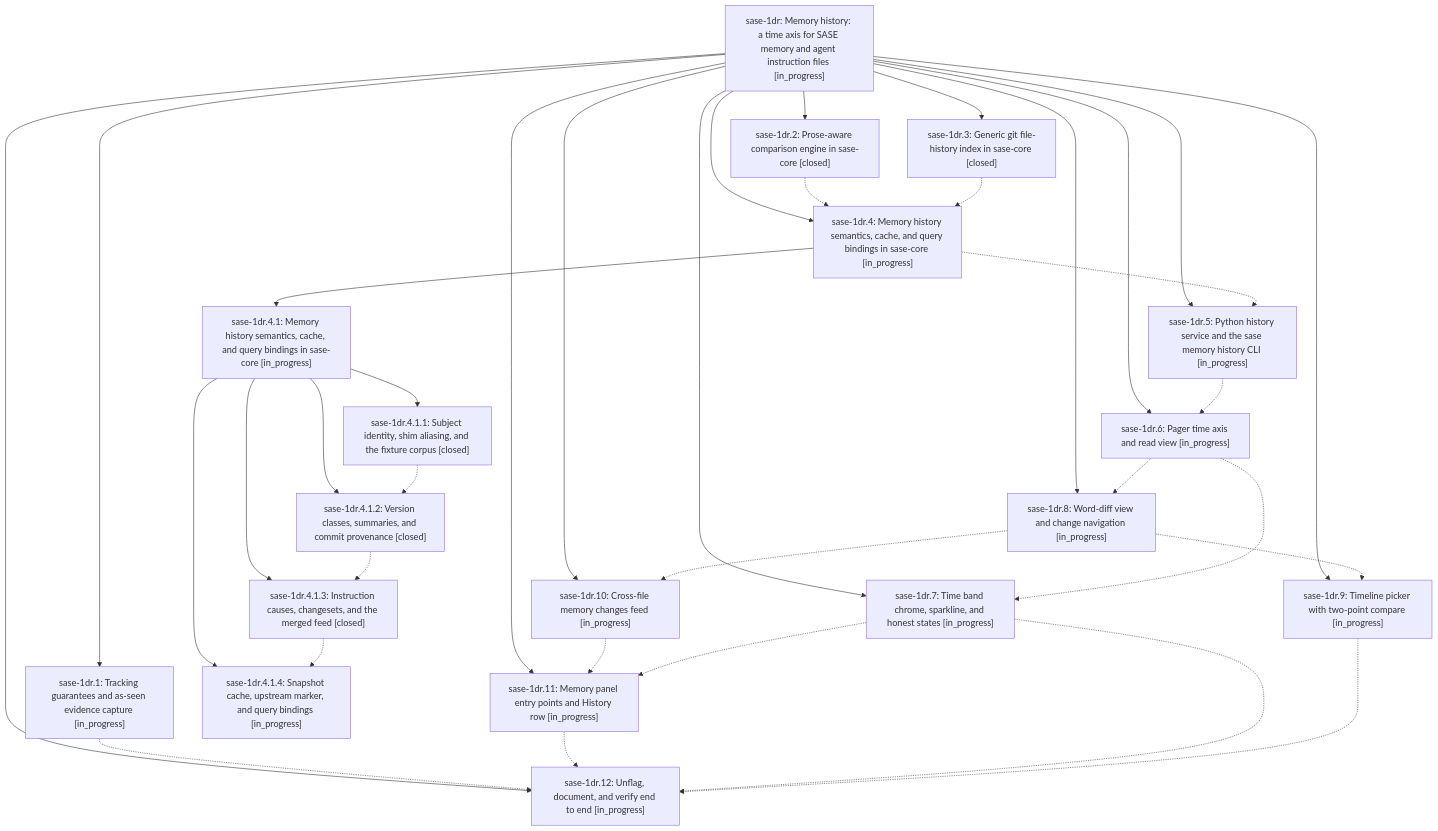
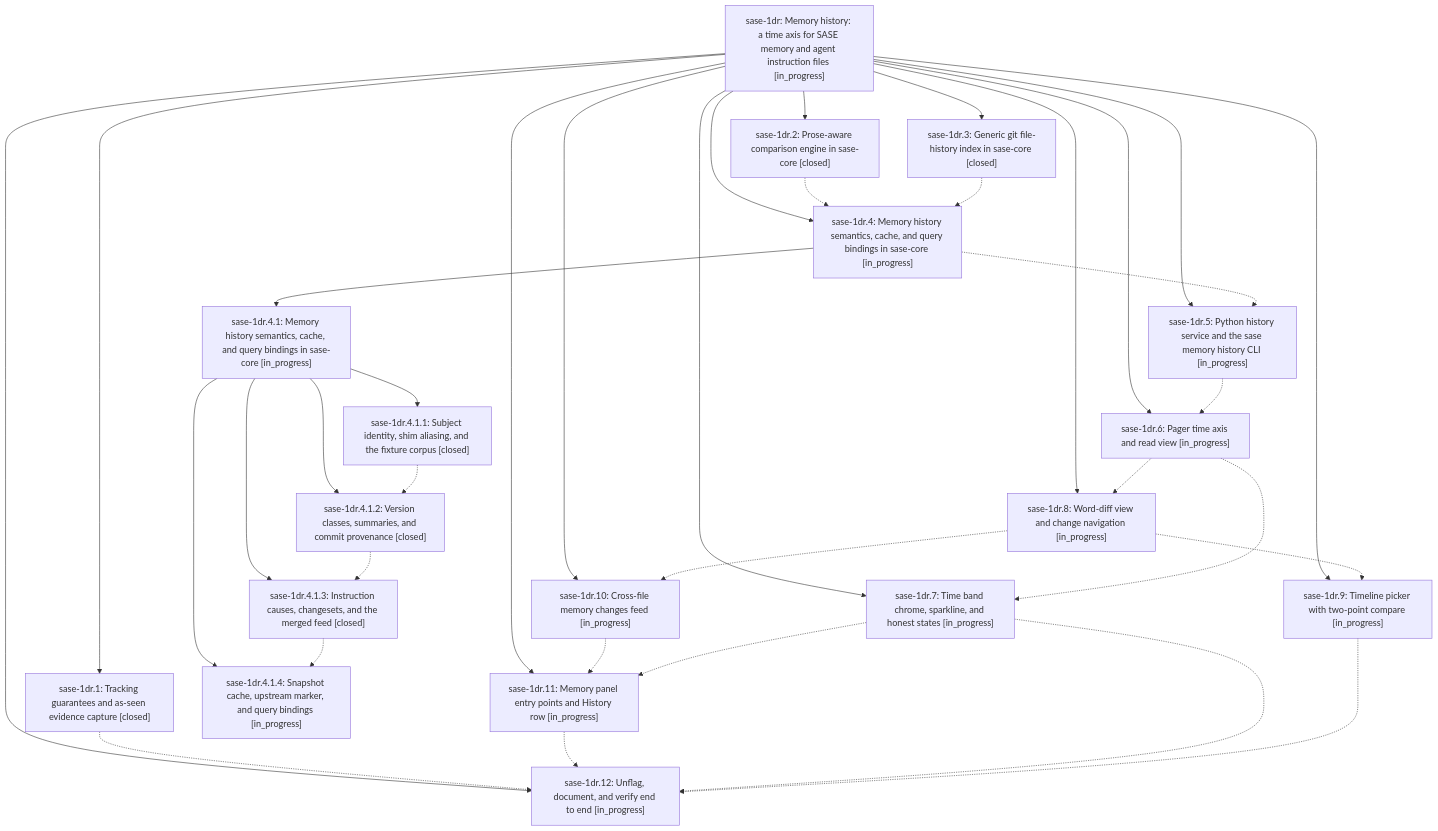
The diagram in pages/sase-1dr/README.md (sase-org/sase--beads), drawn with Mermaid before and after one commit. The commit also changed other lines of this file and 3 other files, not shown here.

````diff
--- a/pages/sase-1dr/README.md
+++ b/pages/sase-1dr/README.md
@@ -47,55 +47,55 @@
 ```mermaid
 flowchart TD
     n0["sase-1dr: Memory history: a time axis for SASE memory and agent instruction files [in_progress]"]
-    n1["sase-1dr.1: Tracking guarantees and as-seen evidence capture [in_progress]"]
+    n1["sase-1dr.1: Tracking guarantees and as-seen evidence capture [closed]"]
     n2["sase-1dr.10: Cross-file memory changes feed [in_progress]"]
     n3["sase-1dr.11: Memory panel entry points and History row [in_progress]"]
     n4["sase-1dr.12: Unflag, document, and verify end to end [in_progress]"]
     n5["sase-1dr.2: Prose-aware comparison engine in sase-core [closed]"]
     n6["sase-1dr.3: Generic git file-history index in sase-core [closed]"]
     n7["sase-1dr.4: Memory history semantics, cache, and query bindings in sase-core [in_progress]"]
     n8["sase-1dr.4.1: Memory history semantics, cache, and query bindings in sase-core [in_progress]"]
     n9["sase-1dr.4.1.1: Subject identity, shim aliasing, and the fixture corpus [closed]"]
     n10["sase-1dr.4.1.2: Version classes, summaries, and commit provenance [closed]"]
     n11["sase-1dr.4.1.3: Instruction causes, changesets, and the merged feed [closed]"]
     n12["sase-1dr.4.1.4: Snapshot cache, upstream marker, and query bindings [in_progress]"]
     n13["sase-1dr.5: Python history service and the sase memory history CLI [in_progress]"]
     n14["sase-1dr.6: Pager time axis and read view [in_progress]"]
     n15["sase-1dr.7: Time band chrome, sparkline, and honest states [in_progress]"]
     n16["sase-1dr.8: Word-diff view and change navigation [in_progress]"]
     n17["sase-1dr.9: Timeline picker with two-point compare [in_progress]"]
     n0 --> n1
     n0 --> n2
     n0 --> n3
     n0 --> n4
     n0 --> n5
     n0 --> n6
     n0 --> n7
     n7 --> n8
     n8 --> n9
     n8 --> n10
     n8 --> n11
     n8 --> n12
     n0 --> n13
     n0 --> n14
     n0 --> n15
     n0 --> n16
     n0 --> n17
     n1 -.-> n4
     n2 -.-> n3
     n3 -.-> n4
     n5 -.-> n7
     n6 -.-> n7
     n7 -.-> n13
     n9 -.-> n10
     n10 -.-> n11
     n11 -.-> n12
     n13 -.-> n14
     n14 -.-> n15
     n14 -.-> n16
     n15 -.-> n3
     n15 -.-> n4
     n16 -.-> n2
     n16 -.-> n17
     n17 -.-> n4
 ```
````
